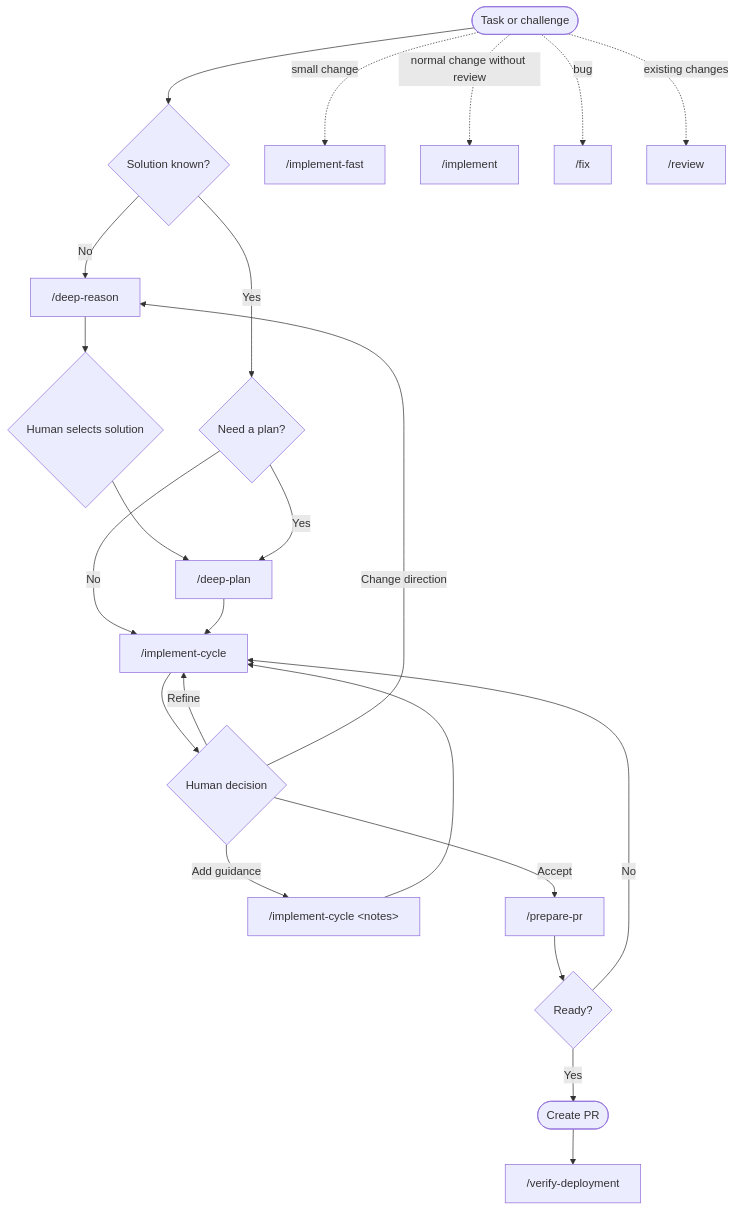
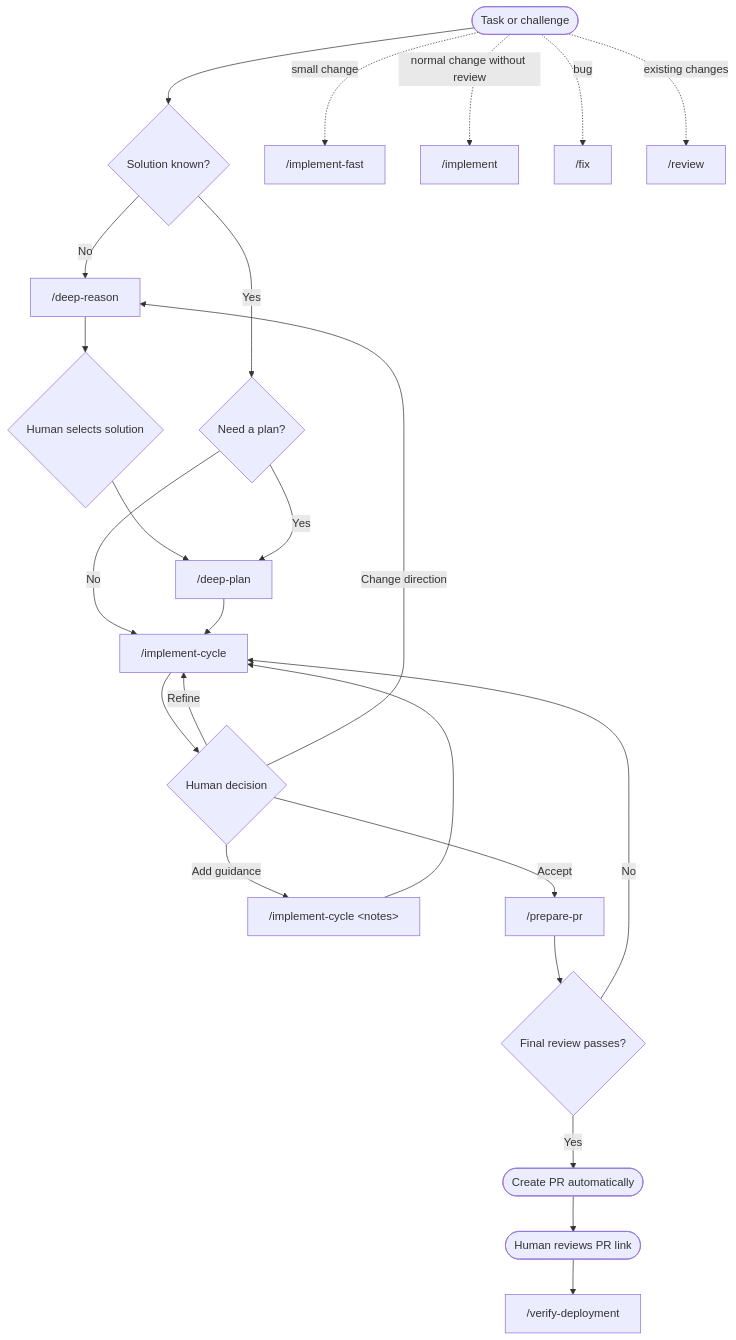
Before and after one commit to ceoro9/opencode-setup: the diagram in README.md, drawn with Mermaid. The commit also changed other lines of this file and 5 other files, not shown here.

Commit message:
feat: automatic PR creation after the final review

````diff
--- a/README.md
+++ b/README.md
@@ -24,30 +24,31 @@
 ```mermaid
 flowchart TD
     Start([Task or challenge]) --> Known{Solution known?}
 
     Known -- No --> Reason["/deep-reason"]
     Reason --> Select{Human selects solution}
     Select --> Plan["/deep-plan"]
 
     Known -- Yes --> NeedPlan{Need a plan?}
     NeedPlan -- Yes --> Plan
     NeedPlan -- No --> Cycle["/implement-cycle"]
     Plan --> Cycle
 
     Cycle --> Decision{Human decision}
     Decision -- Refine --> Cycle
     Decision -- Add guidance --> Notes["/implement-cycle &lt;notes&gt;"]
     Notes --> Cycle
     Decision -- Change direction --> Reason
     Decision -- Accept --> Prepare["/prepare-pr"]
 
-    Prepare --> Ready{Ready?}
+    Prepare --> Ready{Final review passes?}
     Ready -- No --> Cycle
-    Ready -- Yes --> PR([Create PR])
-    PR --> Deploy["/verify-deployment"]
+    Ready -- Yes --> PR([Create PR automatically])
+    PR --> Manual([Human reviews PR link])
+    Manual --> Deploy["/verify-deployment"]
 
     Start -. small change .-> Fast["/implement-fast"]
     Start -. normal change without review .-> Implement["/implement"]
     Start -. bug .-> Fix["/fix"]
     Start -. existing changes .-> Review["/review"]
 ```
````
